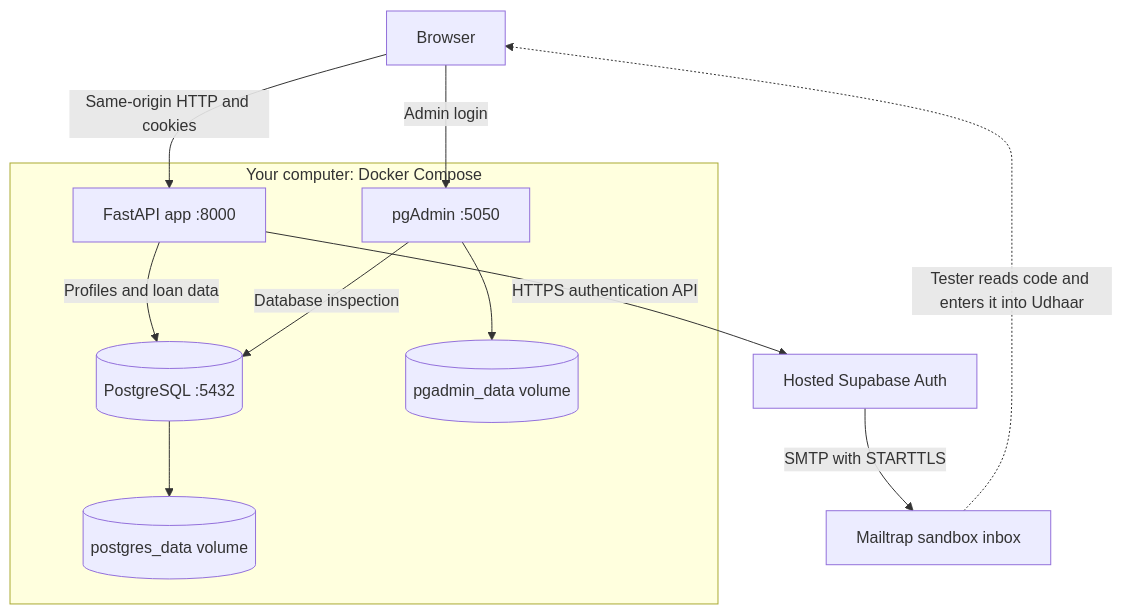
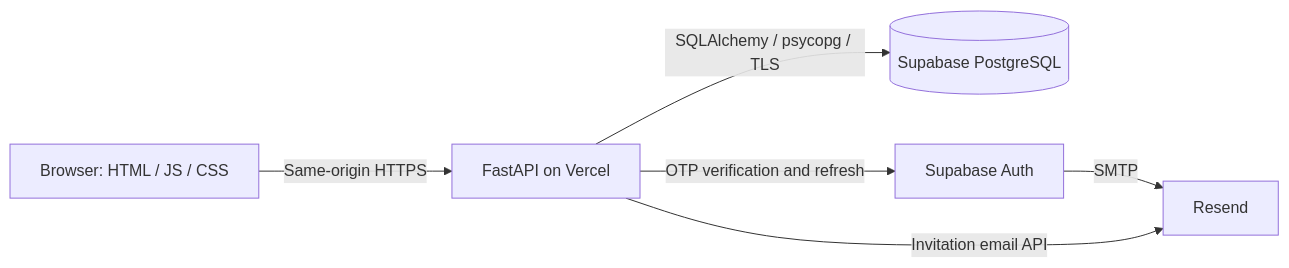
One commit to gopikrishnagajam/udhaar changed the first of 2 diagrams in docs/understanding-the-setup.md. Above: the diagram before and after it, drawn with Mermaid. The commit also changed other lines of this file and 31 other files, not shown here.

````diff
--- a/docs/understanding-the-setup.md
+++ b/docs/understanding-the-setup.md
@@ -41,22 +5,8 @@
 ```mermaid
-flowchart TB
-    Browser[Browser]
-    subgraph Local[Your computer: Docker Compose]
-        API[FastAPI app :8000]
-        PG[(PostgreSQL :5432)]
-        Admin[pgAdmin :5050]
-        Data[(postgres_data volume)]
-        Settings[(pgadmin_data volume)]
-        API -->|Profiles and loan data| PG
-        Admin -->|Database inspection| PG
-        PG --> Data
-        Admin --> Settings
-    end
-    SB[Hosted Supabase Auth]
-    MT[Mailtrap sandbox inbox]
-    Browser -->|Same-origin HTTP and cookies| API
-    Browser -->|Admin login| Admin
-    API -->|HTTPS authentication API| SB
-    SB -->|SMTP with STARTTLS| MT
-    MT -.->|Tester reads code and enters it into Udhaar| Browser
+flowchart LR
+    Browser[Browser: HTML / JS / CSS] -->|Same-origin HTTPS| App[FastAPI on Vercel]
+    App -->|SQLAlchemy / psycopg / TLS| DB[(Supabase PostgreSQL)]
+    App -->|OTP verification and refresh| Auth[Supabase Auth]
+    Auth -->|SMTP| Mail[Resend]
+    App -->|Invitation email API| Mail
 ```
````
